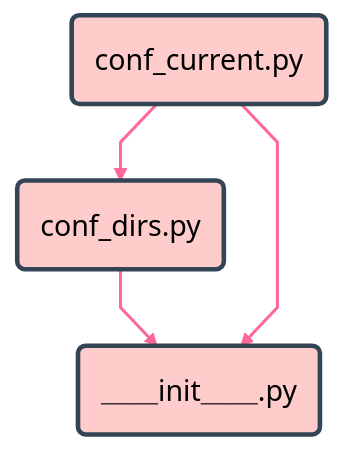
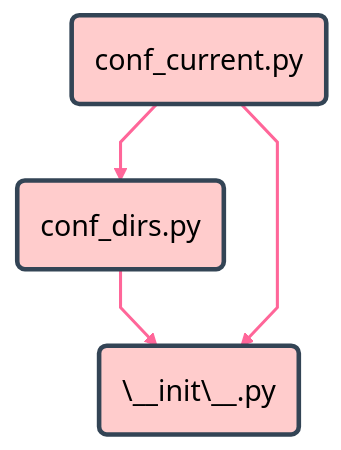
The third of 6 diagrams in docs/a/70530_publish_zenn_qiita.md (nyosak/article-base-doc), drawn with Mermaid before and after one commit. The commit also changed other lines of this file, not shown here.

````diff
--- a/docs/a/70530_publish_zenn_qiita.md
+++ b/docs/a/70530_publish_zenn_qiita.md
@@ -481,22 +481,22 @@
 ```mermaid
 %%{init:
 	{
 		"theme": "forest",
 		"logLevel": 2,
 		"flowchart": { "curve": "linear" }
 	}
 }%%
 
 flowchart TB
 
-init_py("＿＿init＿＿.py")
+init_py("\__init\__.py")
 conf_dirs(conf_dirs.py)
 conf_current(conf_current.py)
 
 conf_current --> conf_dirs --> init_py
 conf_current ---> init_py
 
 linkStyle default color:#936, stroke:#f69, stroke-width:2px;
 classDef default fill:#fcc, stroke:#345, stroke-width:3px, font-size:14pt;
 
 ```
````
